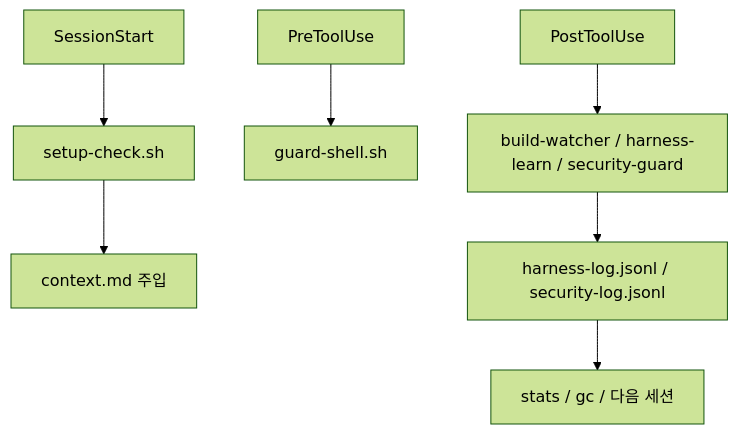
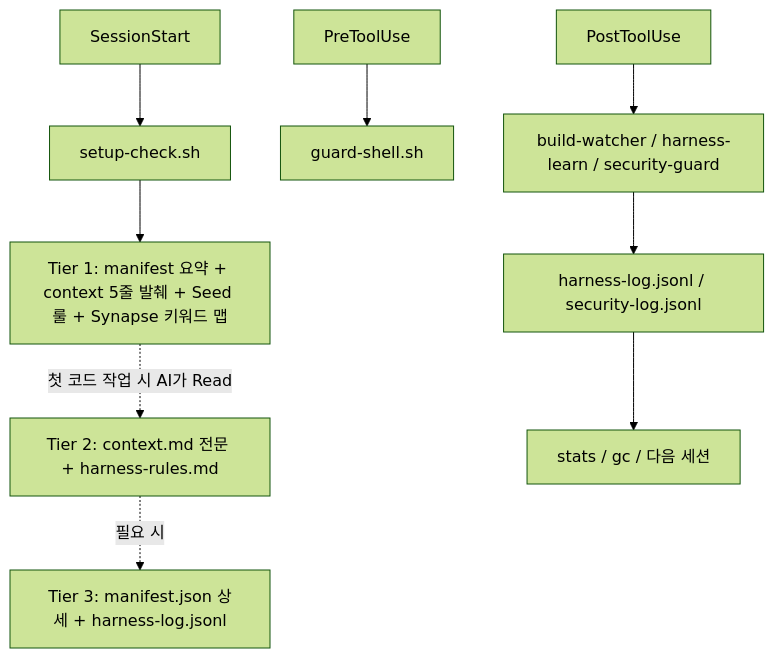
Before and after one commit to Jimmy-Jung/ai-symbiote: the diagram in docs/04-주요-기능.md, drawn with Mermaid (forest theme). The commit also changed other lines of this file and 1 other file, not shown here.

Commit message:
docs: 3-Tier Lazy Context 변경사항 문서 업데이트
- CHANGELOG.md: 0.10.3에 3-Tier Lazy Context 기능 추가 기록
- docs/04-주요-기능.md: 하네스 다이어그램을 Tier 1/2/3 구조로 갱신

````diff
--- a/docs/04-주요-기능.md
+++ b/docs/04-주요-기능.md
@@ -10,9 +10,11 @@
 ```mermaid
 flowchart TD
     A["SessionStart"] --> B["setup-check.sh"]
-    B --> C["context.md 주입"]
+    B --> T1["Tier 1: manifest 요약 + context 5줄 발췌 + Seed 룰 + Synapse 키워드 맵"]
+    T1 -.->|"첫 코드 작업 시 AI가 Read"| T2["Tier 2: context.md 전문 + harness-rules.md"]
+    T2 -.->|"필요 시"| T3["Tier 3: manifest.json 상세 + harness-log.jsonl"]
     D["PreToolUse"] --> E["guard-shell.sh"]
     F["PostToolUse"] --> G["build-watcher / harness-learn / security-guard"]
     G --> H["harness-log.jsonl / security-log.jsonl"]
     H --> I["stats / gc / 다음 세션"]
 ```
````
